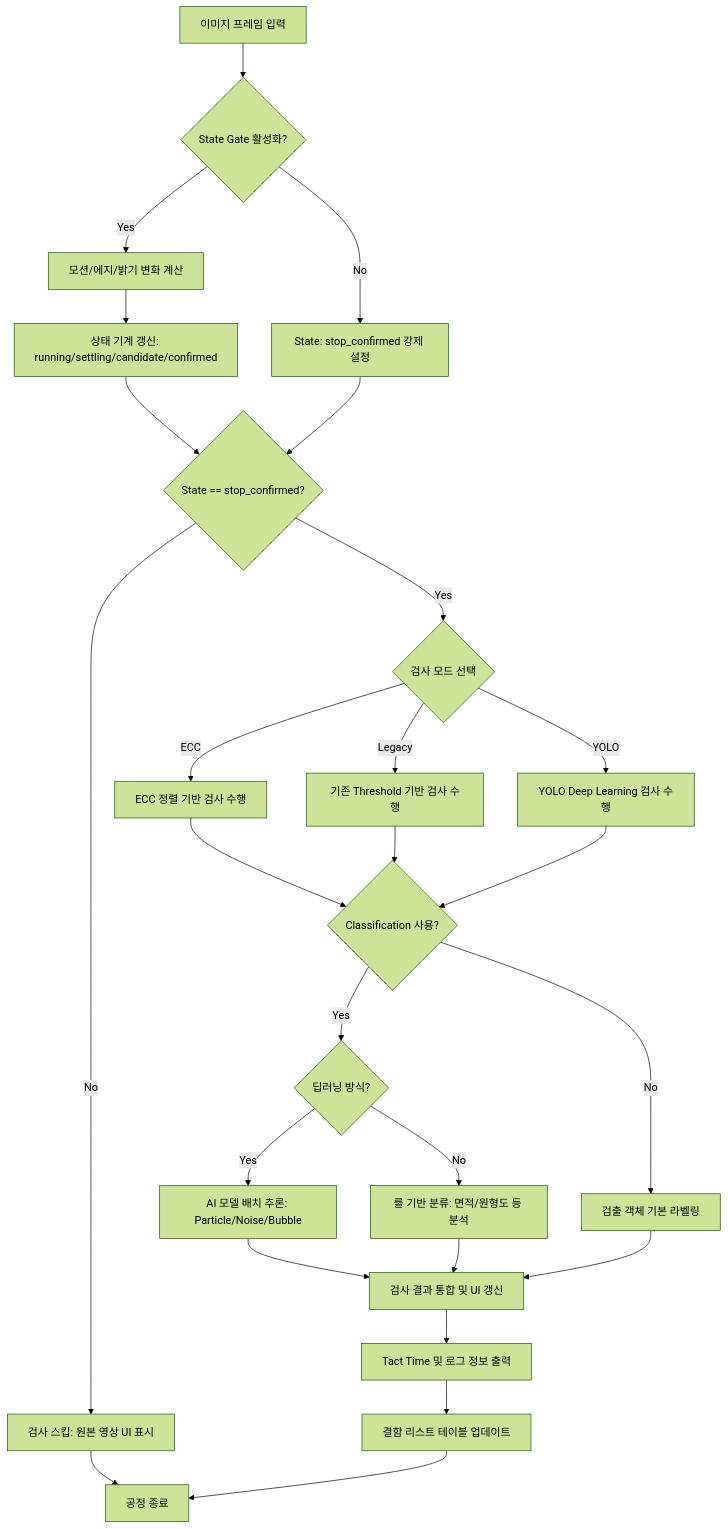
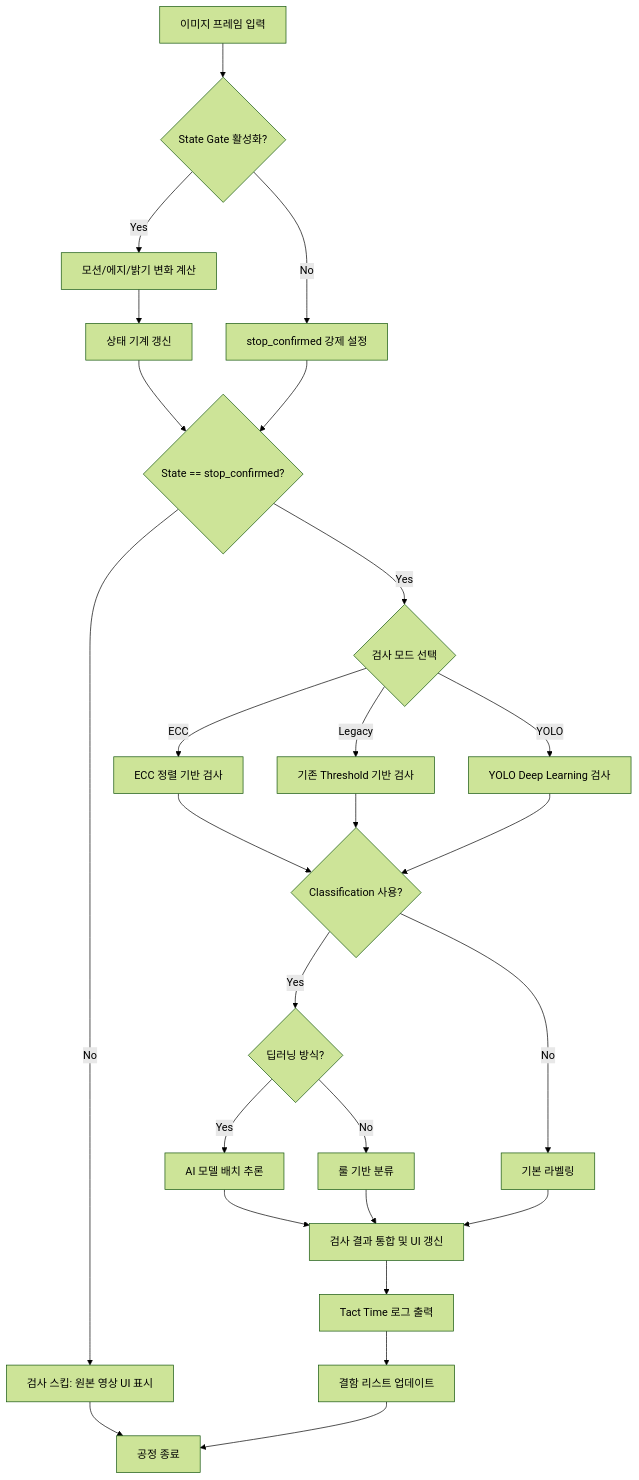
Before and after one commit to IshNar/ObsidianGitTest: the diagram in ForeignBody Insp/Review/Detailed_Inspection_Flow.md, drawn with Mermaid (forest theme). The commit also changed other lines of this file and 5 other files, not shown here.

````diff
--- a/ForeignBody Insp/Review/Detailed_Inspection_Flow.md
+++ b/ForeignBody Insp/Review/Detailed_Inspection_Flow.md
@@ -11,45 +13,41 @@
 ```mermaid
 graph TD
-    %% 1. 입력 및 상태 판정
     Start["이미지 프레임 입력"] --> GateEnabled{"State Gate 활성화?"}
-    
+
     GateEnabled -- Yes --> LogicGate["모션/에지/밝기 변화 계산"]
-    LogicGate --> StateMachine["상태 기계 갱신: running/settling/candidate/confirmed"]
+    LogicGate --> StateMachine["상태 기계 갱신"]
     StateMachine --> IsConfirmed{"State == stop_confirmed?"}
-    
-    GateEnabled -- No --> ForceConfirmed["State: stop_confirmed 강제 설정"]
+
+    GateEnabled -- No --> ForceConfirmed["stop_confirmed 강제 설정"]
     ForceConfirmed --> IsConfirmed
-    
+
     IsConfirmed -- No --> SkipInspect["검사 스킵: 원본 영상 UI 표시"]
     SkipInspect --> End["공정 종료"]
 
-    %% 2. 검사 모드 분기
     IsConfirmed -- Yes --> ModeBranch{"검사 모드 선택"}
-    
-    ModeBranch -- ECC --> ECCFlow["ECC 정렬 기반 검사 수행"]
-    ModeBranch -- Legacy --> LegacyFlow["기존 Threshold 기반 검사 수행"]
-    ModeBranch -- YOLO --> YOLOFlow["YOLO Deep Learning 검사 수행"]
 
-    %% 3. 분류 단계
+    ModeBranch -- ECC --> ECCFlow["ECC 정렬 기반 검사"]
+    ModeBranch -- Legacy --> LegacyFlow["기존 Threshold 기반 검사"]
+    ModeBranch -- YOLO --> YOLOFlow["YOLO Deep Learning 검사"]
+
     ECCFlow --> ClassifyBranch
     LegacyFlow --> ClassifyBranch
     YOLOFlow --> ClassifyBranch
 
     ClassifyBranch{"Classification 사용?"}
-    
+
     ClassifyBranch -- Yes --> AIAgent{"딥러닝 방식?"}
-    AIAgent -- Yes --> DLClass["AI 모델 배치 추론: Particle/Noise/Bubble"]
-    AIAgent -- No --> RuleClass["룰 기반 분류: 면적/원형도 등 분석"]
-    
-    ClassifyBranch -- No --> BasicLabel["검출 객체 기본 라벨링"]
+    AIAgent -- Yes --> DLClass["AI 모델 배치 추론"]
+    AIAgent -- No --> RuleClass["룰 기반 분류"]
 
-    %% 4. 최종 결과 출력
+    ClassifyBranch -- No --> BasicLabel["기본 라벨링"]
+
     DLClass --> UIUpdate
     RuleClass --> UIUpdate
     BasicLabel --> UIUpdate
-    
+
     UIUpdate["검사 결과 통합 및 UI 갱신"]
-    UIUpdate --> TactLog["Tact Time 및 로그 정보 출력"]
-    TactLog --> ListUp["결함 리스트 테이블 업데이트"]
+    UIUpdate --> TactLog["Tact Time 로그 출력"]
+    TactLog --> ListUp["결함 리스트 업데이트"]
     ListUp --> End
 ```
````
